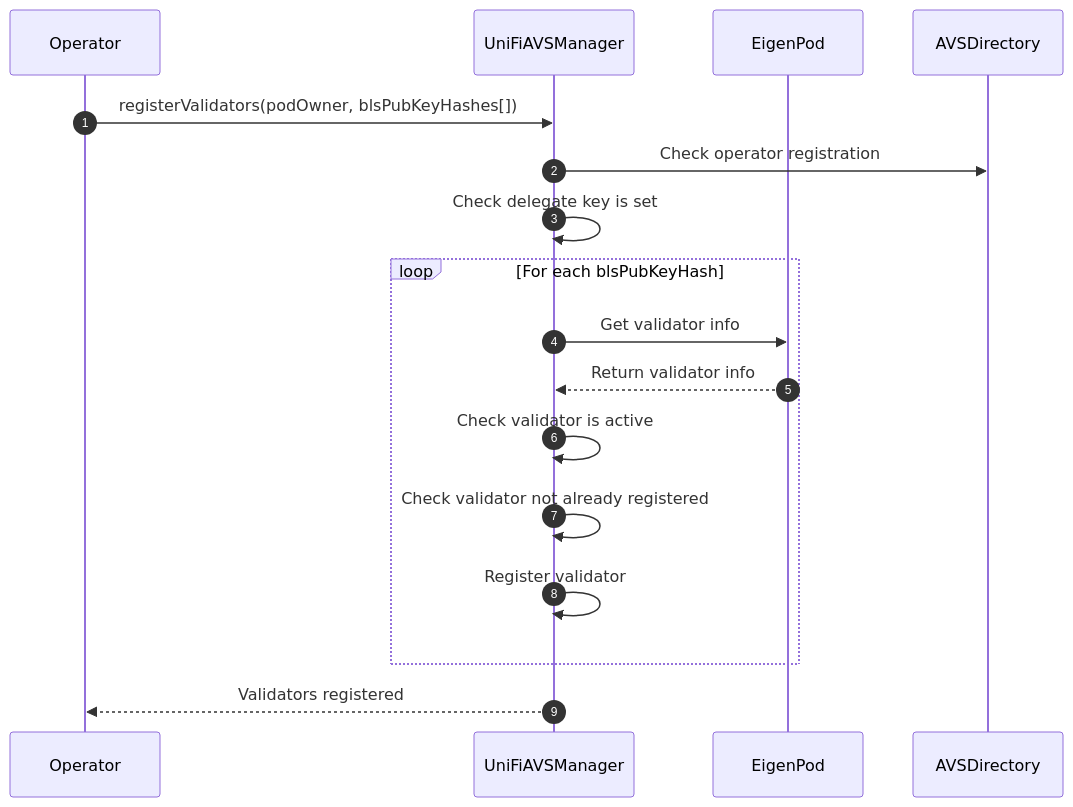
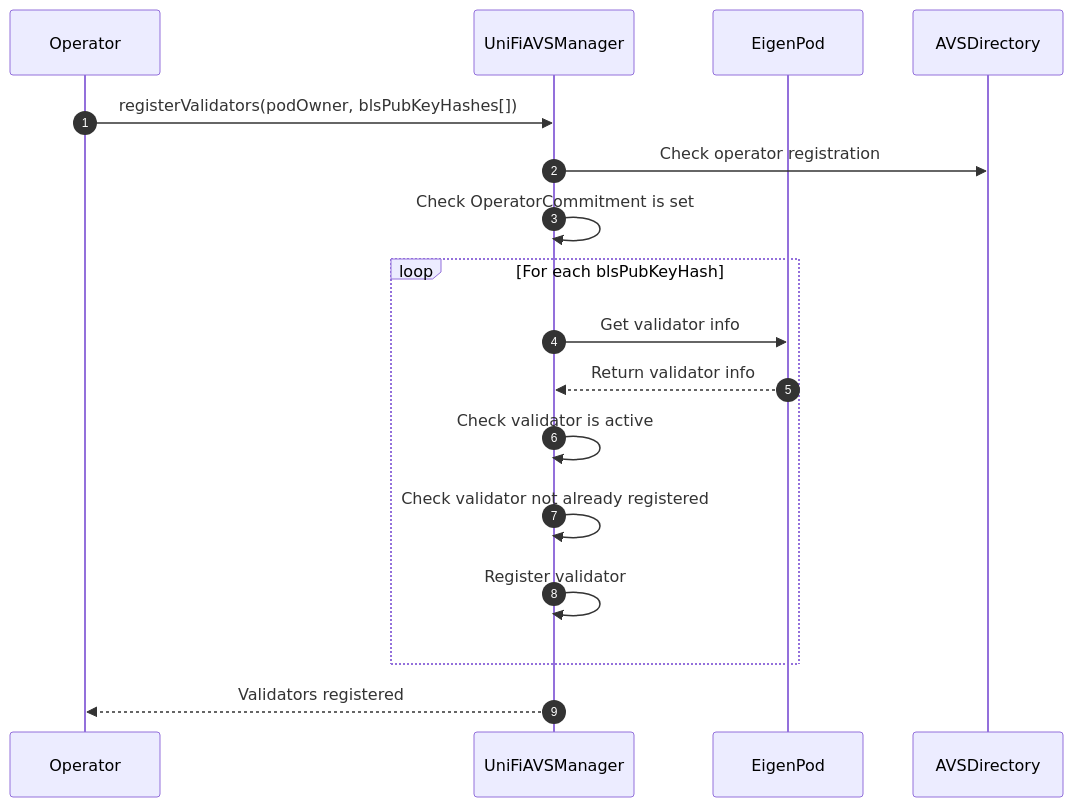
The third of 6 diagrams in l1-contracts/docs/registration.md (PufferFinance/UniFi), drawn with Mermaid before and after one commit. The commit also changed other lines of this file and 2 other files, not shown here.

````diff
--- a/l1-contracts/docs/registration.md
+++ b/l1-contracts/docs/registration.md
@@ -133,20 +129,20 @@
 ```mermaid
 sequenceDiagram
     autonumber
     participant Operator
     participant UniFiAVSManager
     participant EigenPod
     participant AVSDirectory
 
     Operator->>UniFiAVSManager: registerValidators(podOwner, blsPubKeyHashes[])
     UniFiAVSManager->>AVSDirectory: Check operator registration
-    UniFiAVSManager->>UniFiAVSManager: Check delegate key is set
+    UniFiAVSManager->>UniFiAVSManager: Check OperatorCommitment is set
     loop For each blsPubKeyHash
         UniFiAVSManager->>EigenPod: Get validator info
         EigenPod-->>UniFiAVSManager: Return validator info
         UniFiAVSManager->>UniFiAVSManager: Check validator is active
         UniFiAVSManager->>UniFiAVSManager: Check validator not already registered
         UniFiAVSManager->>UniFiAVSManager: Register validator
     end
     UniFiAVSManager-->>Operator: Validators registered
 ```
````
